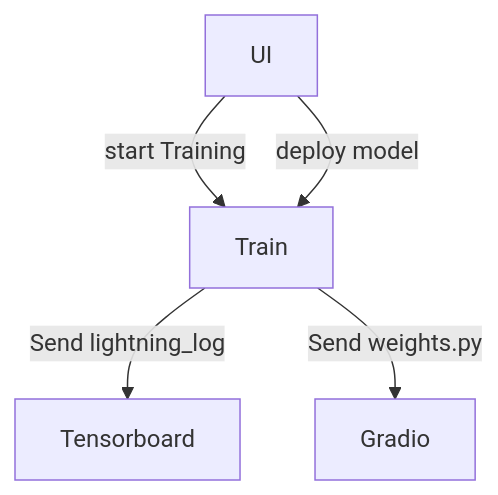
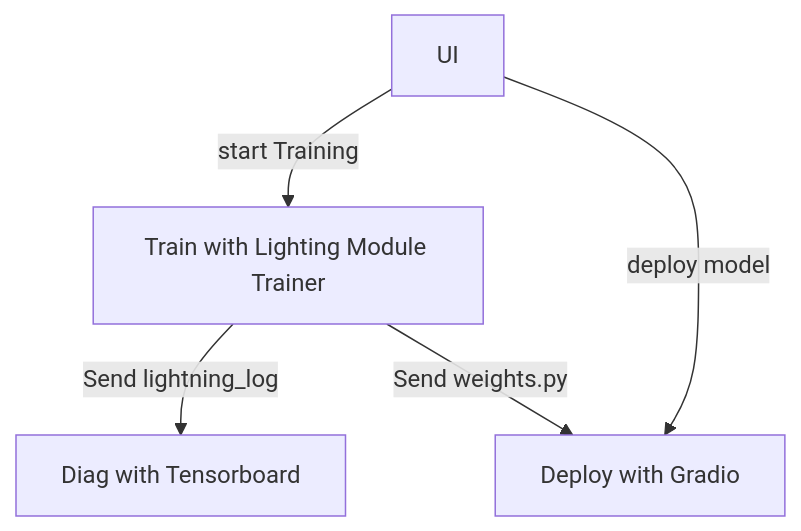
The diagram in README.md (robert-s-lee/lai-train-eval), drawn with Mermaid before and after one commit.

Commit message:
update diagram 	modified:   README.md 	requirements.work.txt

````diff
--- a/README.md
+++ b/README.md
@@ -16,7 +16,7 @@
 ```mermaid
 graph TD;
-  U[UI] -- start Training --> T;
-  U -- deploy model --> T;
-  T[Train] -- Send lightning_log --> D[Tensorboard];
-  T -- Send weights.py --> G[Gradio];
+  U[UI] -- start Training --> T[Train with Lighting Module Trainer];
+  U -- deploy model --> G[Deploy with Gradio];
+  T -- Send lightning_log --> D[Diag with Tensorboard];
+  T -- Send weights.py --> G;
 ```    
````
